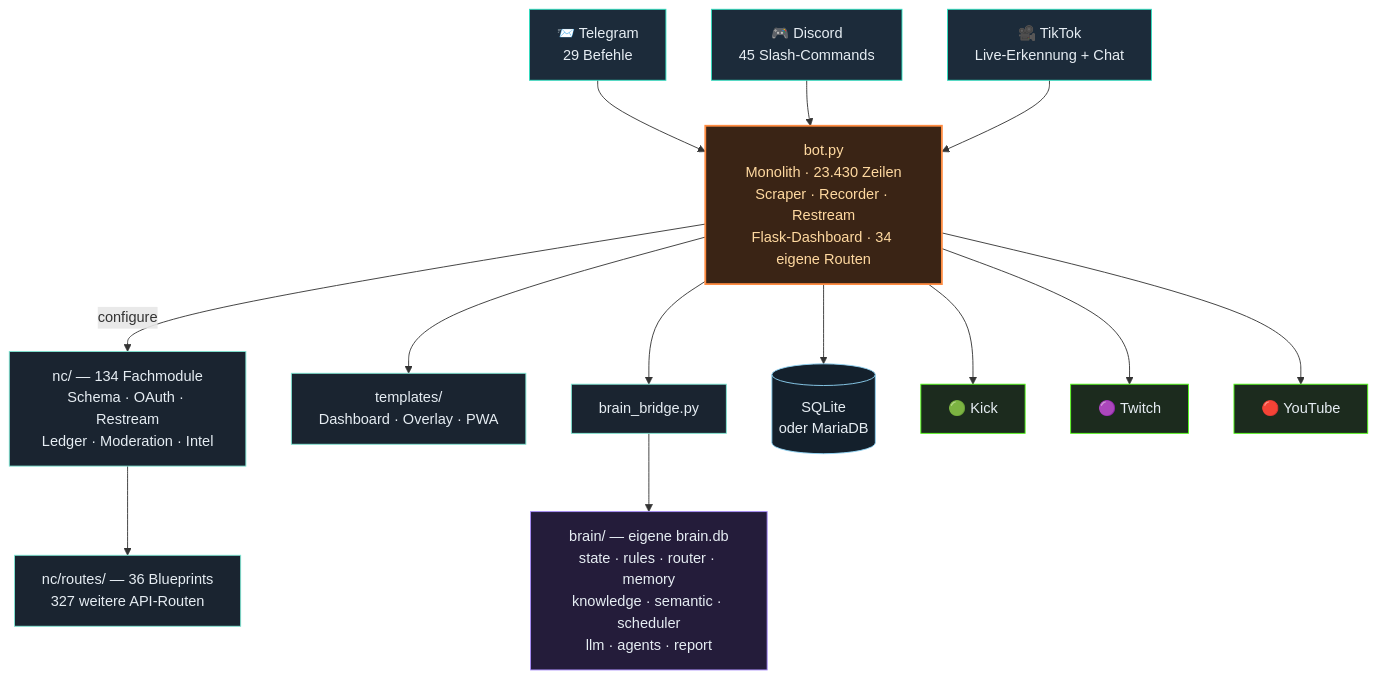
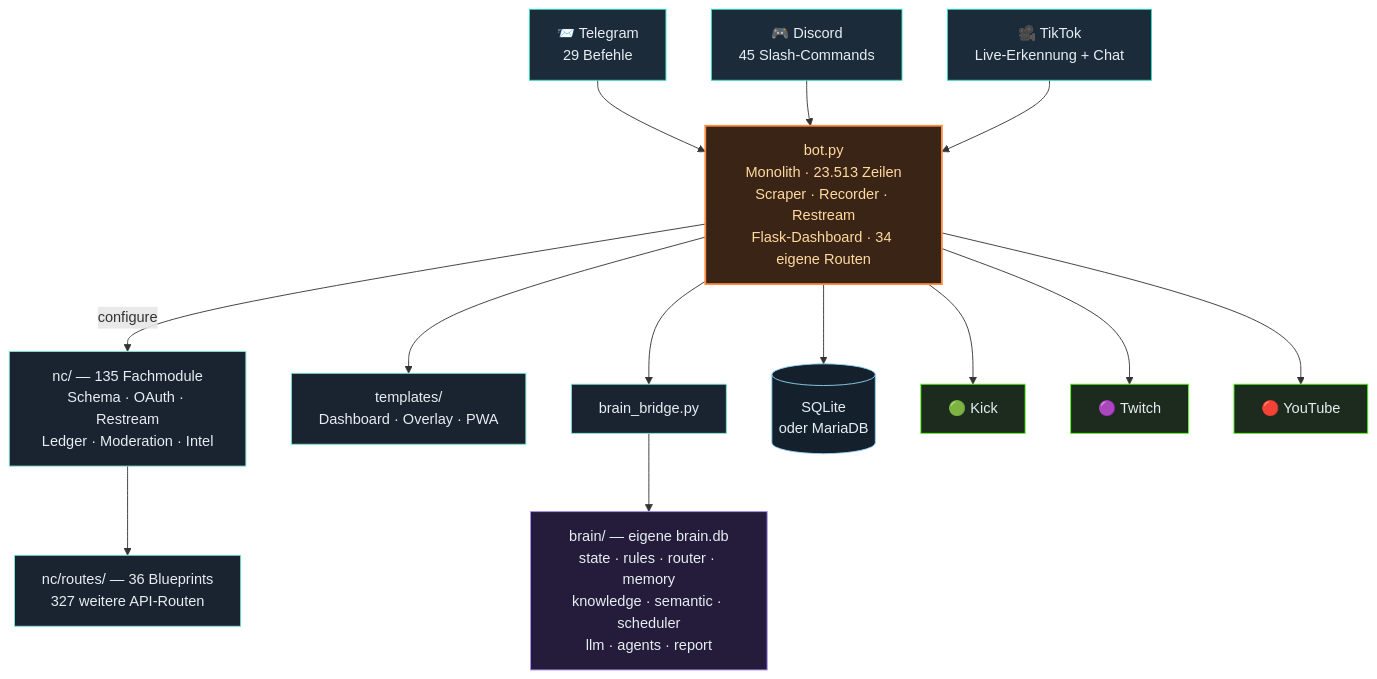
One commit to itsamemedev/Telegram-Stream-Info-Bot changed the third of 4 diagrams in README.md. Above: the diagram before and after it, drawn with Mermaid. The commit also changed other lines of this file and 8 other files, not shown here.

````diff
--- a/README.md
+++ b/README.md
@@ -189,30 +189,30 @@
 ```mermaid
 flowchart TB
     TG["📨 Telegram<br/>29 Befehle"]:::ein
     DC["🎮 Discord<br/>45 Slash-Commands"]:::ein
     TT["🎥 TikTok<br/>Live-Erkennung + Chat"]:::ein
 
     TG --> BOT
     DC --> BOT
     TT --> BOT
 
-    BOT["bot.py<br/>Monolith · 23.430 Zeilen<br/>Scraper · Recorder · Restream<br/>Flask-Dashboard · 34 eigene Routen"]:::core
+    BOT["bot.py<br/>Monolith · 23.513 Zeilen<br/>Scraper · Recorder · Restream<br/>Flask-Dashboard · 34 eigene Routen"]:::core
 
-    BOT -->|configure| NC["nc/ — 134 Fachmodule<br/>Schema · OAuth · Restream<br/>Ledger · Moderation · Intel"]:::lib
+    BOT -->|configure| NC["nc/ — 135 Fachmodule<br/>Schema · OAuth · Restream<br/>Ledger · Moderation · Intel"]:::lib
     NC --> RT["nc/routes/ — 36 Blueprints<br/>327 weitere API-Routen"]:::lib
     BOT --> TPL["templates/<br/>Dashboard · Overlay · PWA"]:::lib
     BOT --> BR["brain_bridge.py"]:::lib
     BR --> BRAIN["brain/ — eigene brain.db<br/>state · rules · router · memory<br/>knowledge · semantic · scheduler<br/>llm · agents · report"]:::brain
     BOT --> DB[("SQLite<br/>oder MariaDB")]:::db
 
     BOT --> KICK["🟢 Kick"]:::out
     BOT --> TW["🟣 Twitch"]:::out
     BOT --> YT["🔴 YouTube"]:::out
 
     classDef ein fill:#1c2b3a,stroke:#2de1c2,color:#e6edf3
     classDef core fill:#3a2415,stroke:#ff8c42,stroke-width:2px,color:#ffd9a0
     classDef lib fill:#1a2430,stroke:#7fe7d4,color:#e6edf3
     classDef brain fill:#241c3a,stroke:#a78bfa,color:#e6edf3
     classDef db fill:#14202c,stroke:#8fd3f4,color:#e6edf3
     classDef out fill:#1c2b1e,stroke:#53fc18,color:#e6edf3
 ```
````
